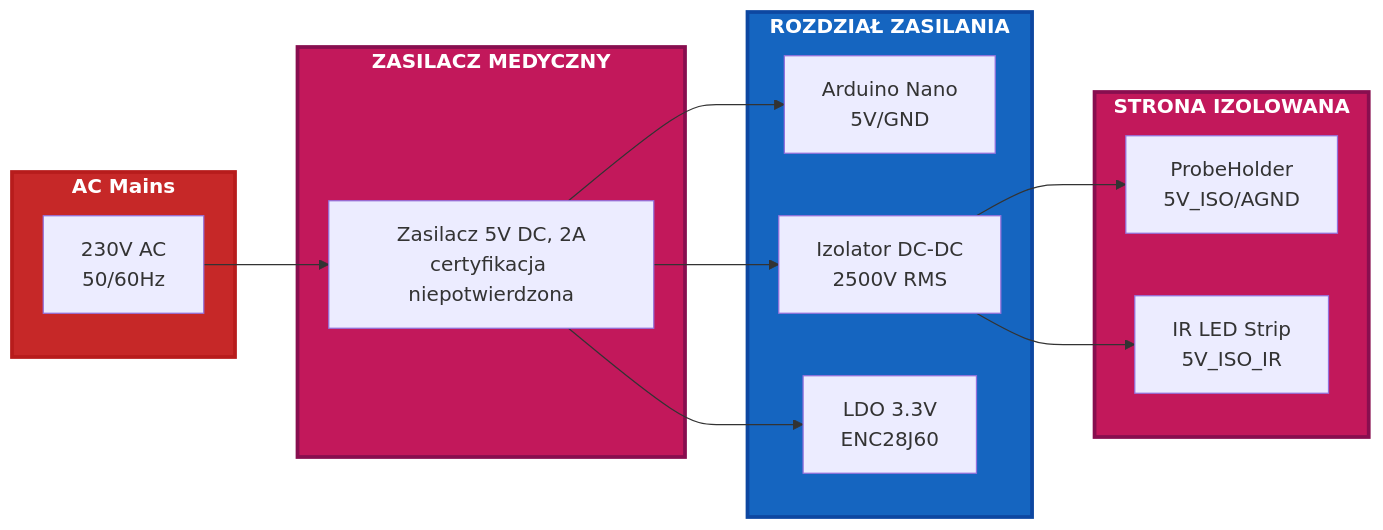
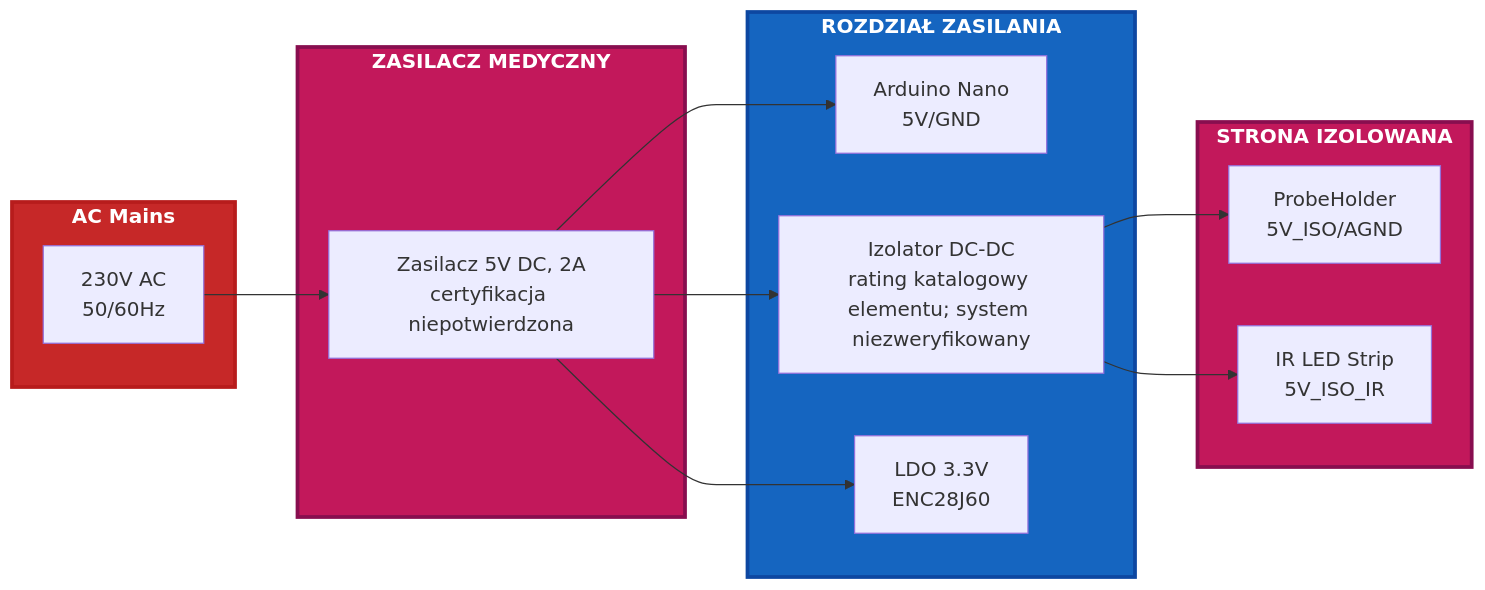
One commit to bartoszruta26-droid/Bioresonance changed the fifth of 16 diagrams in hardware.md. Above: the diagram before and after it, drawn with Mermaid.

Commit message:
Clarify remaining isolation diagram label as component-only rating

````diff
--- a/hardware.md
+++ b/hardware.md
@@ -626,38 +626,38 @@
 ```mermaid
 flowchart LR
     subgraph AC["AC Mains"]
         AC1["230V AC<br/>50/60Hz"]
     end
     
     subgraph PSU["ZASILACZ MEDYCZNY"]
         P1["Zasilacz 5V DC, 2A<br/>certyfikacja niepotwierdzona"]
     end
     
     subgraph Distribution["ROZDZIAŁ ZASILANIA"]
         D1["Arduino Nano<br/>5V/GND"]
-        D2["Izolator DC-DC<br/>2500V RMS"]
+        D2["Izolator DC-DC<br/>rating katalogowy elementu; system niezweryfikowany"]
         D3["LDO 3.3V<br/>ENC28J60"]
     end
     
     subgraph Isolated["STRONA IZOLOWANA"]
         I1["ProbeHolder<br/>5V_ISO/AGND"]
         I2["IR LED Strip<br/>5V_ISO_IR"]
     end
     
     AC1 --> P1
     P1 --> D1
     P1 --> D2
     P1 --> D3
     D2 --> I1
     D2 --> I2
     
     classDef ac fill:#c62828,stroke:#b71c1c,stroke-width:3px,color:#ffffff,font-weight:bold
     classDef psu fill:#c2185b,stroke:#880e4f,stroke-width:3px,color:#ffffff,font-weight:bold
     classDef dist fill:#1565c0,stroke:#0d47a1,stroke-width:3px,color:#ffffff,font-weight:bold
     classDef iso fill:#c2185b,stroke:#880e4f,stroke-width:3px,color:#ffffff,font-weight:bold
     
     class AC ac
     class PSU psu
     class Distribution dist
     class Isolated iso
 ```
````
